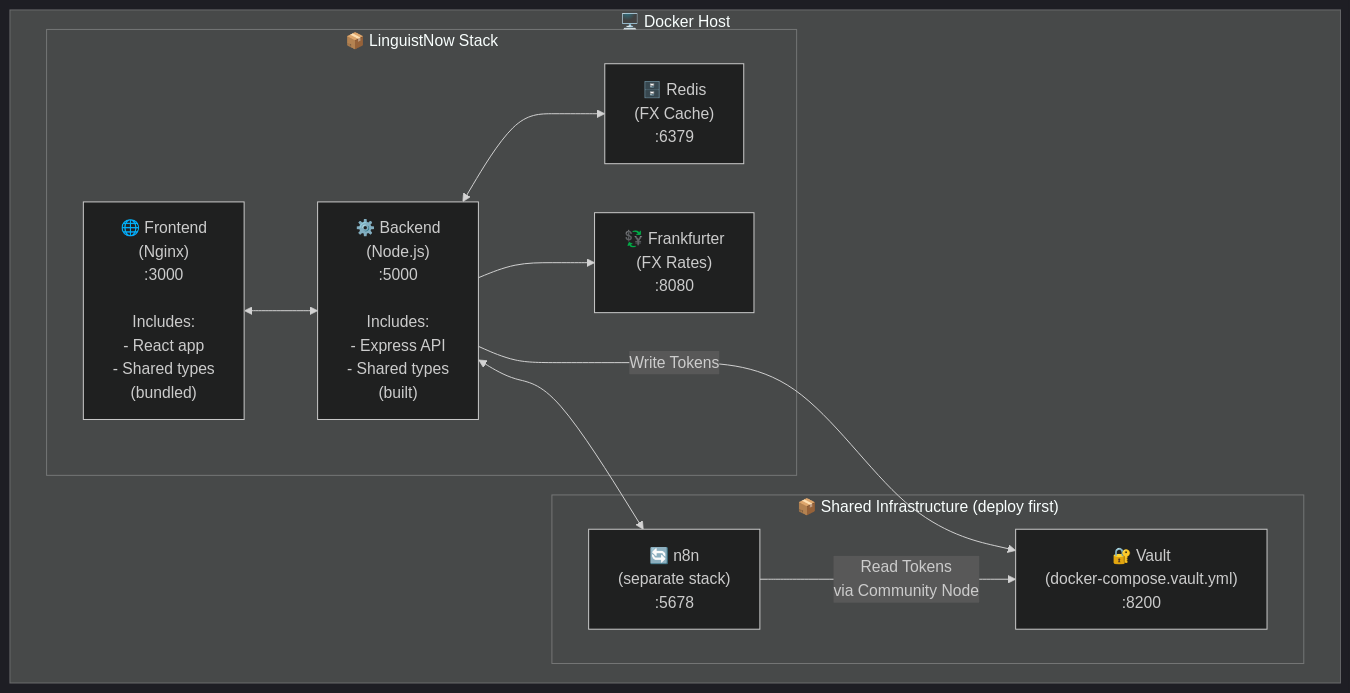
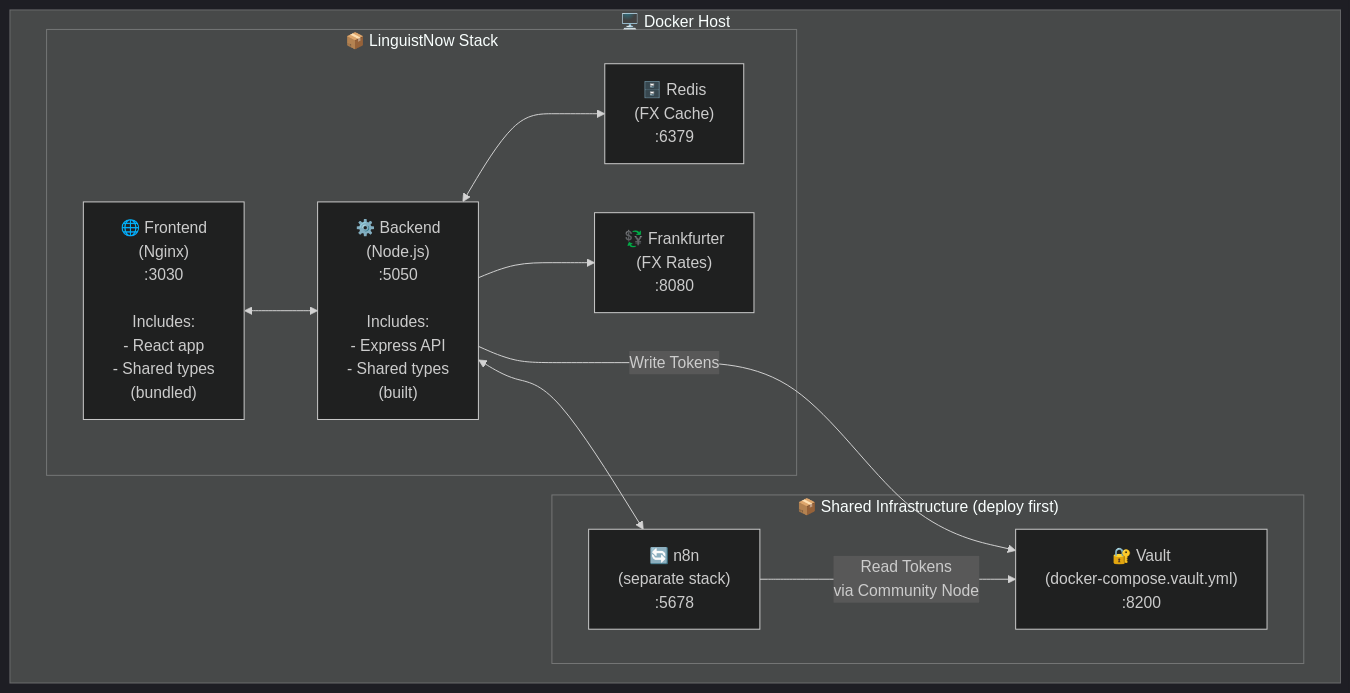
Before and after one commit to nicmart-dev/linguistnow: the first of 2 diagrams in docs/deployment/deploy-app-to-production.md, drawn with Mermaid (dark theme). The commit also changed other lines of this file and 5 other files, not shown here.

````diff
--- a/docs/deployment/deploy-app-to-production.md
+++ b/docs/deployment/deploy-app-to-production.md
@@ -53,22 +53,22 @@
 ```mermaid
 flowchart TB
     subgraph Host["🖥️ Docker Host"]
         subgraph SharedInfra["📦 Shared Infrastructure (deploy first)"]
             Vault["🔐 Vault<br/>(docker-compose.vault.yml)<br/>:8200"]
             N8N["🔄 n8n<br/>(separate stack)<br/>:5678"]
         end
         subgraph LinguistNow["📦 LinguistNow Stack"]
-            Frontend["🌐 Frontend<br/>(Nginx)<br/>:3000<br/><br/>Includes:<br/>- React app<br/>- Shared types<br/>(bundled)"]
-            Backend["⚙️ Backend<br/>(Node.js)<br/>:5000<br/><br/>Includes:<br/>- Express API<br/>- Shared types<br/>(built)"]
+            Frontend["🌐 Frontend<br/>(Nginx)<br/>:3030<br/><br/>Includes:<br/>- React app<br/>- Shared types<br/>(bundled)"]
+            Backend["⚙️ Backend<br/>(Node.js)<br/>:5050<br/><br/>Includes:<br/>- Express API<br/>- Shared types<br/>(built)"]
             Redis["🗄️ Redis<br/>(FX Cache)<br/>:6379"]
             Frankfurter["💱 Frankfurter<br/>(FX Rates)<br/>:8080"]
         end
     end
 
     Frontend <--> Backend
     Backend <--> N8N
     Backend -->|Write Tokens| Vault
     N8N -->|Read Tokens<br/>via Community Node| Vault
     Backend <--> Redis
     Backend --> Frankfurter
 ```
````
